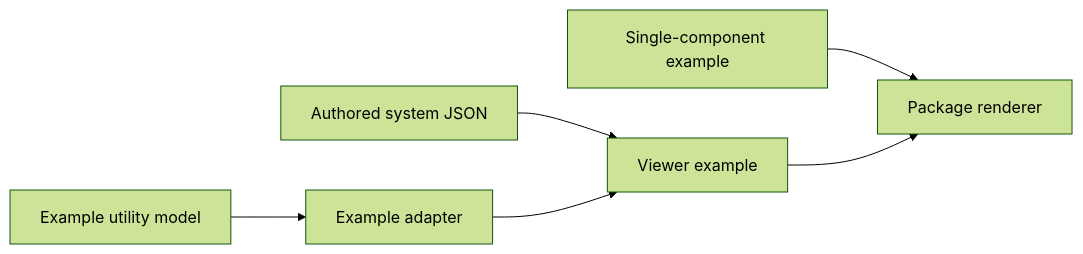
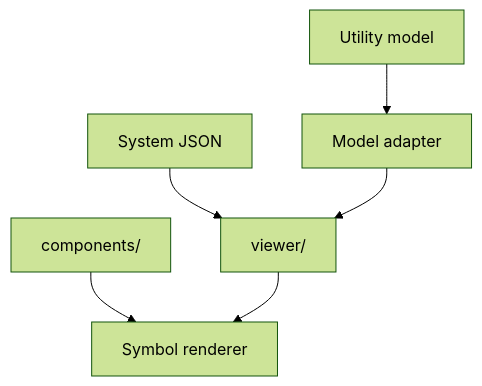
The diagram in software/cadagent/webkit/scada/ui/examples/README.md (Valpatel/cad-agent), drawn with Mermaid (forest theme) before and after one commit. The commit also changed 27 other files, not shown here.

````diff
--- a/software/cadagent/webkit/scada/ui/examples/README.md
+++ b/software/cadagent/webkit/scada/ui/examples/README.md
@@ -13,8 +13,8 @@
 ```mermaid
-flowchart LR
-  components[Single-component example] --> renderer[Package renderer]
-  system[Authored system JSON] --> viewer[Viewer example]
-  model[Example utility model] --> adapter[Example adapter]
-  adapter --> viewer
-  viewer --> renderer
+flowchart TD
+  Components["components/"] --> Renderer["Symbol renderer"]
+  System["System JSON"] --> Viewer["viewer/"]
+  Model["Utility model"] --> Adapter["Model adapter"]
+  Adapter --> Viewer
+  Viewer --> Renderer
 ```
````
